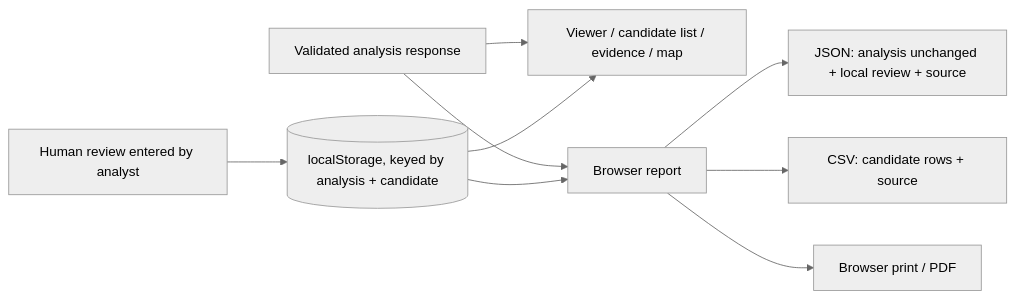
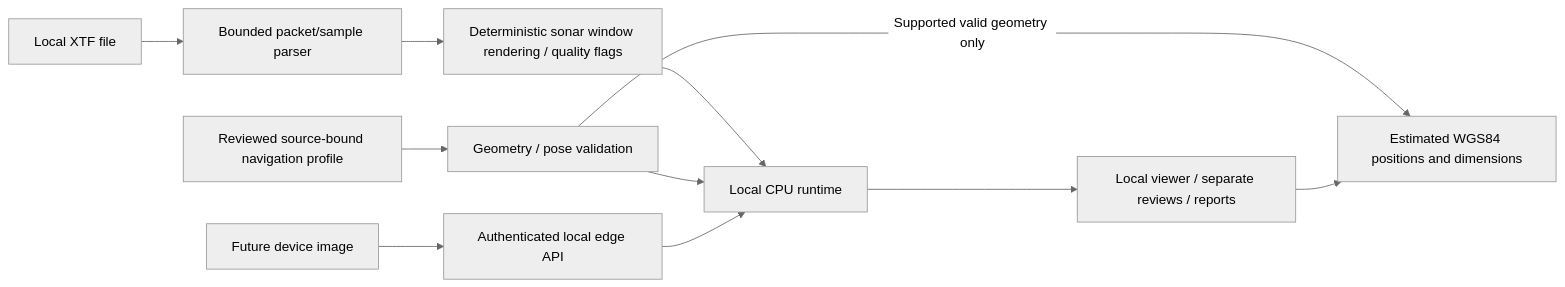
One commit to anugrahks19/SonarShield changed the fourth of 4 diagrams in docs/ARCHITECTURE.md. Above: the diagram before and after it, drawn with Mermaid (neutral theme). The commit also changed other lines of this file and 118 other files, not shown here.

````diff
--- a/docs/ARCHITECTURE.md
+++ b/docs/ARCHITECTURE.md
@@ -138,11 +94,12 @@
 ```mermaid
 flowchart LR
-  R[Validated analysis response] --> V[Viewer / candidate list / evidence / map]
-  R --> REP[Browser report]
-  H[Human review entered by analyst] --> LS[(localStorage, keyed by analysis + candidate)]
-  LS --> V
-  LS --> REP
-  REP --> J[JSON: analysis unchanged + local review + source]
-  REP --> C[CSV: candidate rows + source]
-  REP --> PDF[Browser print / PDF]
+ X[Local XTF file] --> P[Bounded packet/sample parser]
+ P --> W[Deterministic sonar window rendering / quality flags]
+ W --> M[Local CPU runtime]
+ NAV[Reviewed source-bound navigation profile] --> G[Geometry / pose validation]
+ G --> M
+ M --> R[Local viewer / separate reviews / reports]
+ G -->|Supported valid geometry only| POS[Estimated WGS84 positions and dimensions]
+ R --> POS
+ D[Future device image] --> API[Authenticated local edge API] --> M
 ```
````
